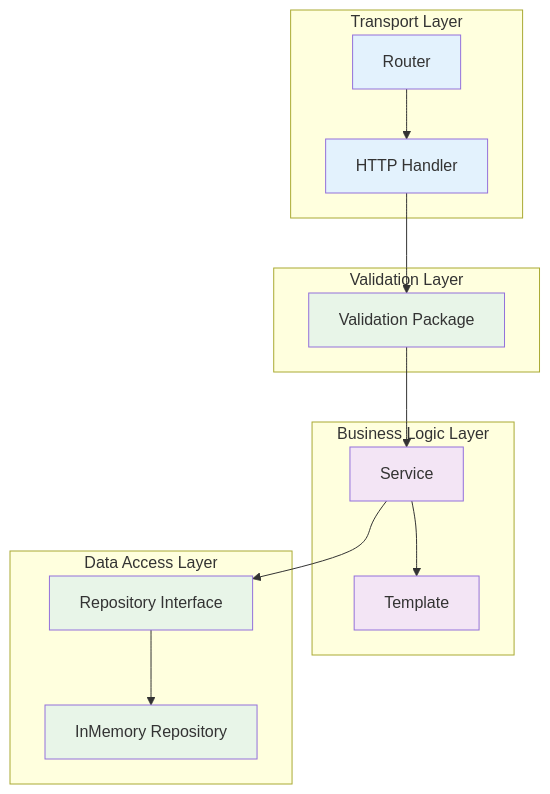
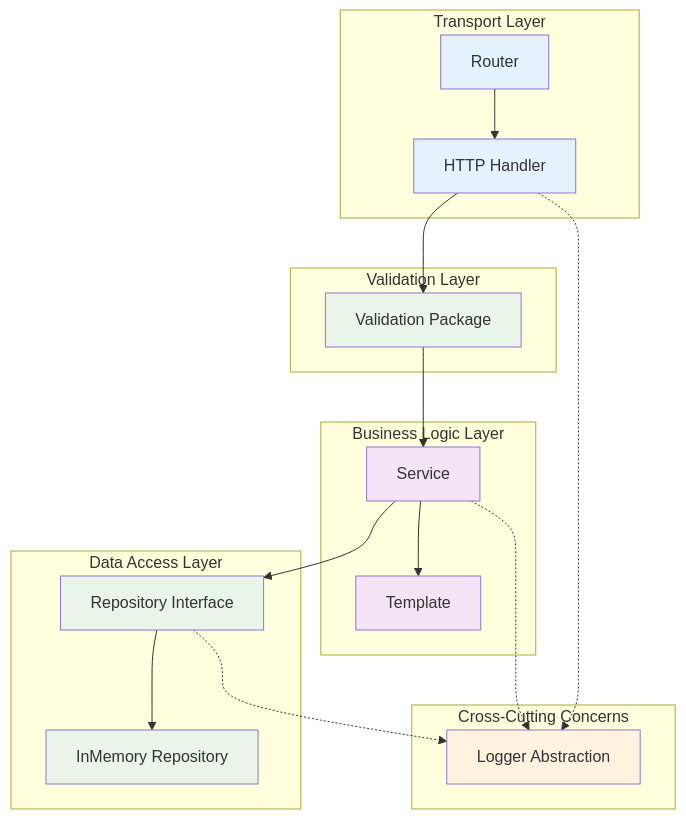
One commit to IgorKilipenko/metrical changed the diagram in README.md. Above: the diagram before and after it, drawn with Mermaid. The commit also changed other lines of this file and 5 other files, not shown here.

First line of the commit message:
feat: integrate logger abstraction across application layers for enhanced traceability

````diff
--- a/README.md
+++ b/README.md
@@ -52,36 +53,45 @@
 ```mermaid
 graph TB
     subgraph "Transport Layer"
         H[HTTP Handler]
         R[Router]
     end
     
     subgraph "Validation Layer"
         V[Validation Package]
     end
     
     subgraph "Business Logic Layer"
         S[Service]
         T[Template]
     end
     
     subgraph "Data Access Layer"
         REPO[Repository Interface]
         IMR[InMemory Repository]
     end
     
+    subgraph "Cross-Cutting Concerns"
+        L[Logger Abstraction]
+    end
+    
     H --> V
     R --> H
     V --> S
     S --> REPO
     REPO --> IMR
     S --> T
+    
+    H -.-> L
+    S -.-> L
+    REPO -.-> L
     
     style H fill:#e3f2fd
     style R fill:#e3f2fd
     style V fill:#e8f5e8
     style S fill:#f3e5f5
     style T fill:#f3e5f5
     style REPO fill:#e8f5e8
     style IMR fill:#e8f5e8
+    style L fill:#fff3e0
 ```
````
